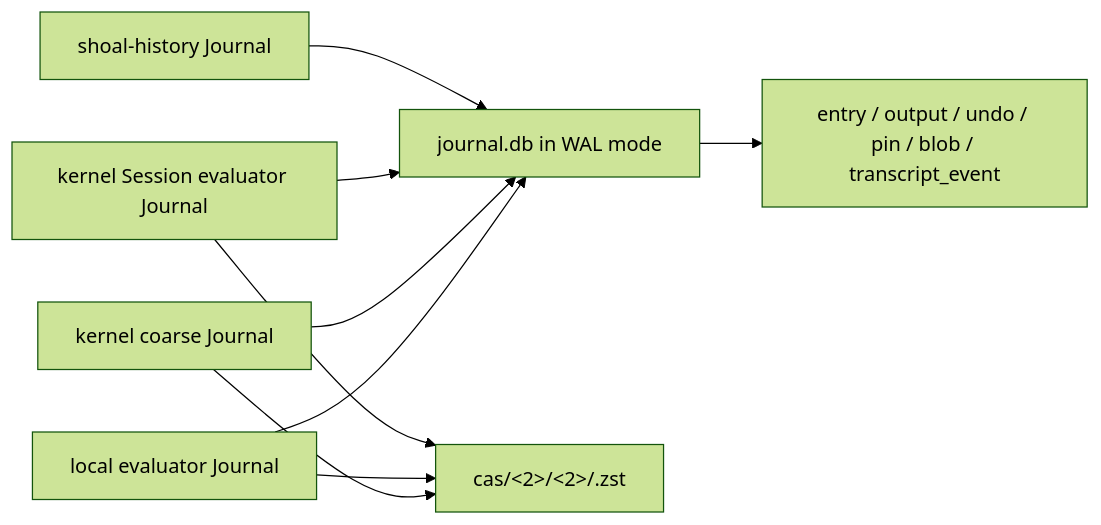
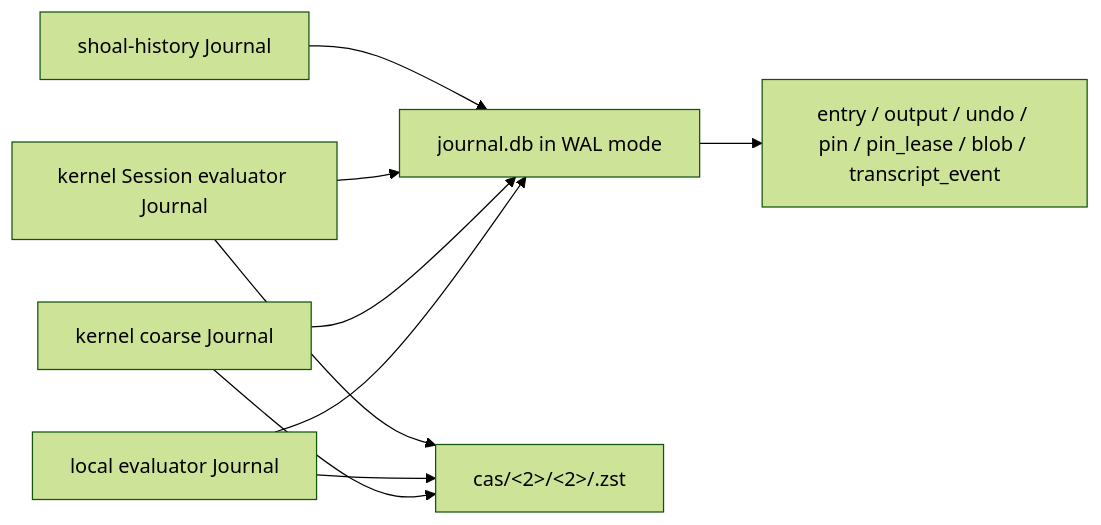
One commit to alliecatowo/shoal changed the first of 4 diagrams in site/content/internals/journal-storage-reference.md. Above: the diagram before and after it, drawn with Mermaid (forest theme). The commit also changed other lines of this file and 12 other files, not shown here.

````diff
--- a/site/content/internals/journal-storage-reference.md
+++ b/site/content/internals/journal-storage-reference.md
@@ -89,13 +92,13 @@
 ```mermaid
 flowchart LR
 accTitle: Storage topology
 accDescr: Shows the components and relationships described in Storage topology.
   REPL["local evaluator Journal"] --> DB["journal.db in WAL mode"]
   Kernel["kernel coarse Journal"] --> DB
   Session["kernel Session evaluator Journal"] --> DB
   History["shoal-history Journal"] --> DB
-  DB --> Rows["entry / output / undo / pin / blob / transcript_event"]
+  DB --> Rows["entry / output / undo / pin / pin_lease / blob / transcript_event"]
   Kernel --> CAS["cas/<2>/<2>/<hash>.zst"]
   REPL --> CAS
   Session --> CAS
 ```
````
